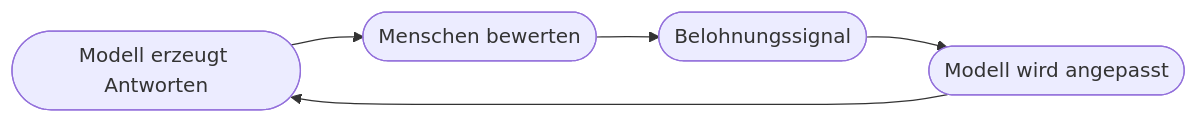
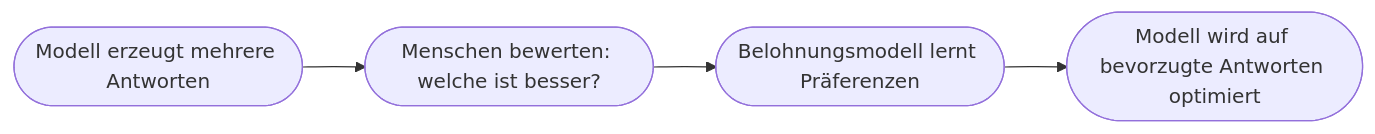
The second of 2 diagrams in docs/content/kapitel17.md (Qualidy/Prompt-Engineering-KI-in-der-Arbeitswelt), drawn with Mermaid before and after one commit. The commit also changed other lines of this file and 80 other files, not shown here.

````diff
--- a/docs/content/kapitel17.md
+++ b/docs/content/kapitel17.md
@@ -52,7 +84,6 @@
 ```mermaid
 flowchart LR
-    A([Modell erzeugt Antworten]) --> B([Menschen bewerten])
-    B --> C([Belohnungssignal])
-    C --> D([Modell wird angepasst])
-    D --> A
+    A([Modell erzeugt mehrere Antworten]) --> B([Menschen bewerten: welche ist besser?])
+    B --> C([Belohnungsmodell lernt Präferenzen])
+    C --> D([Modell wird auf bevorzugte Antworten optimiert])
 ```
````
